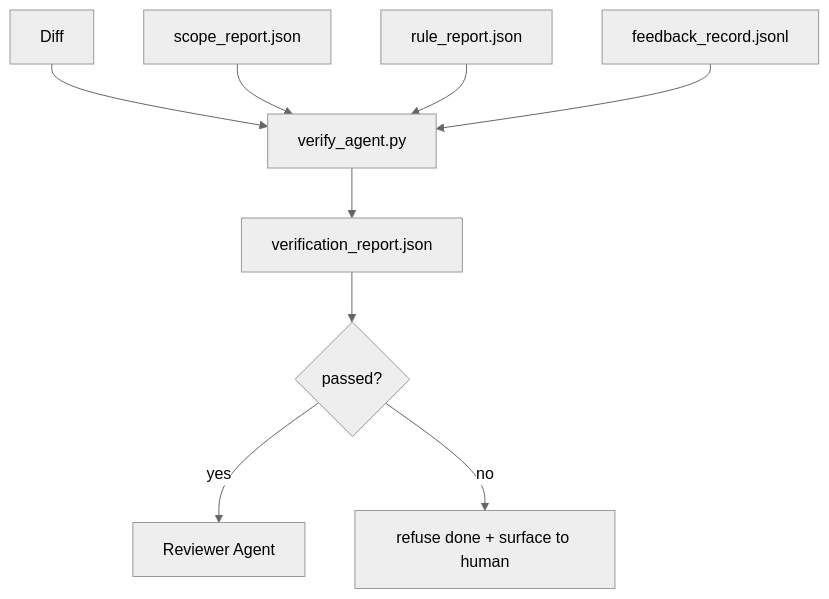
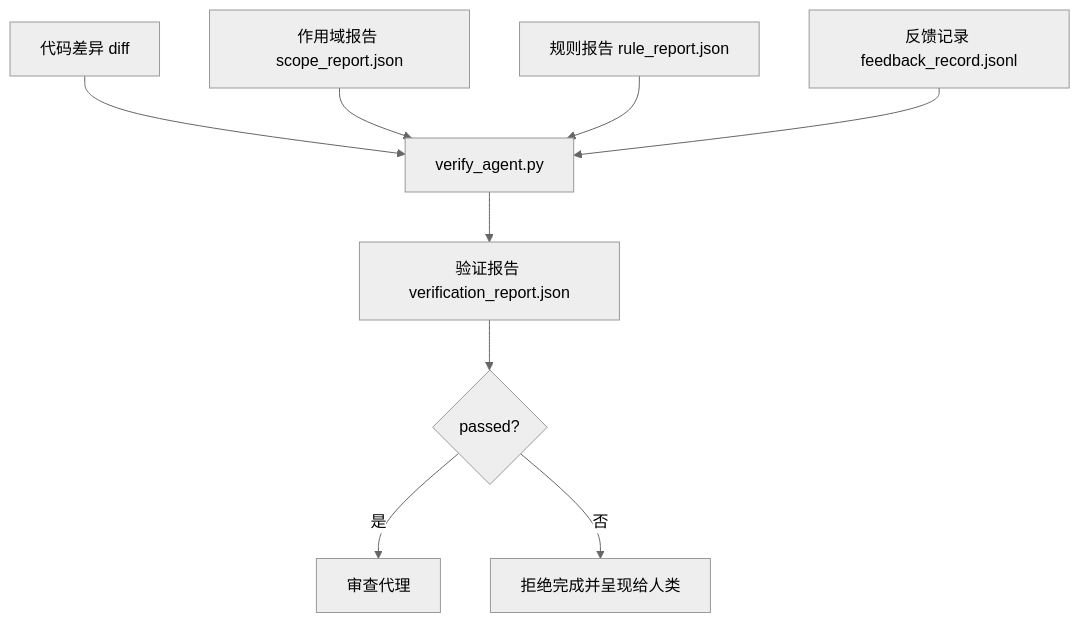
Before and after one commit to husky1102/ai-engineering-from-scratch-zh: the diagram in phases/14-agent-engineering/38-verification-gates/docs/zh-CN.md, drawn with Mermaid (neutral theme). The commit also changed other lines of this file and 5 other files, not shown here.

````diff
--- a/phases/14-agent-engineering/38-verification-gates/docs/zh-CN.md
+++ b/phases/14-agent-engineering/38-verification-gates/docs/zh-CN.md
@@ -29,11 +29,11 @@
 ```mermaid
 flowchart TD
-  Diff[Diff] --> Gate[verify_agent.py]
-  Scope[scope_report.json] --> Gate
-  Rules[rule_report.json] --> Gate
-  Feedback[feedback_record.jsonl] --> Gate
-  Gate --> Verdict[verification_report.json]
+  Diff[代码差异 diff] --> Gate[verify_agent.py]
+  Scope[作用域报告 scope_report.json] --> Gate
+  Rules[规则报告 rule_report.json] --> Gate
+  Feedback[反馈记录 feedback_record.jsonl] --> Gate
+  Gate --> Verdict[验证报告 verification_report.json]
   Verdict --> Pass{passed?}
-  Pass -- yes --> Review[Reviewer Agent]
-  Pass -- no --> Refuse[refuse done + surface to human]
+  Pass -- 是 --> Review[审查代理]
+  Pass -- 否 --> Refuse[拒绝完成并呈现给人类]
 ```
````
